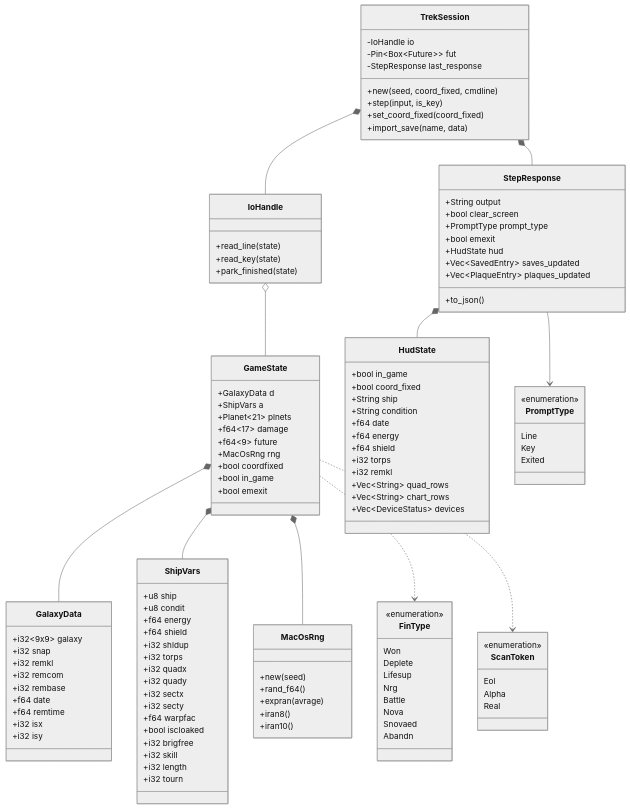
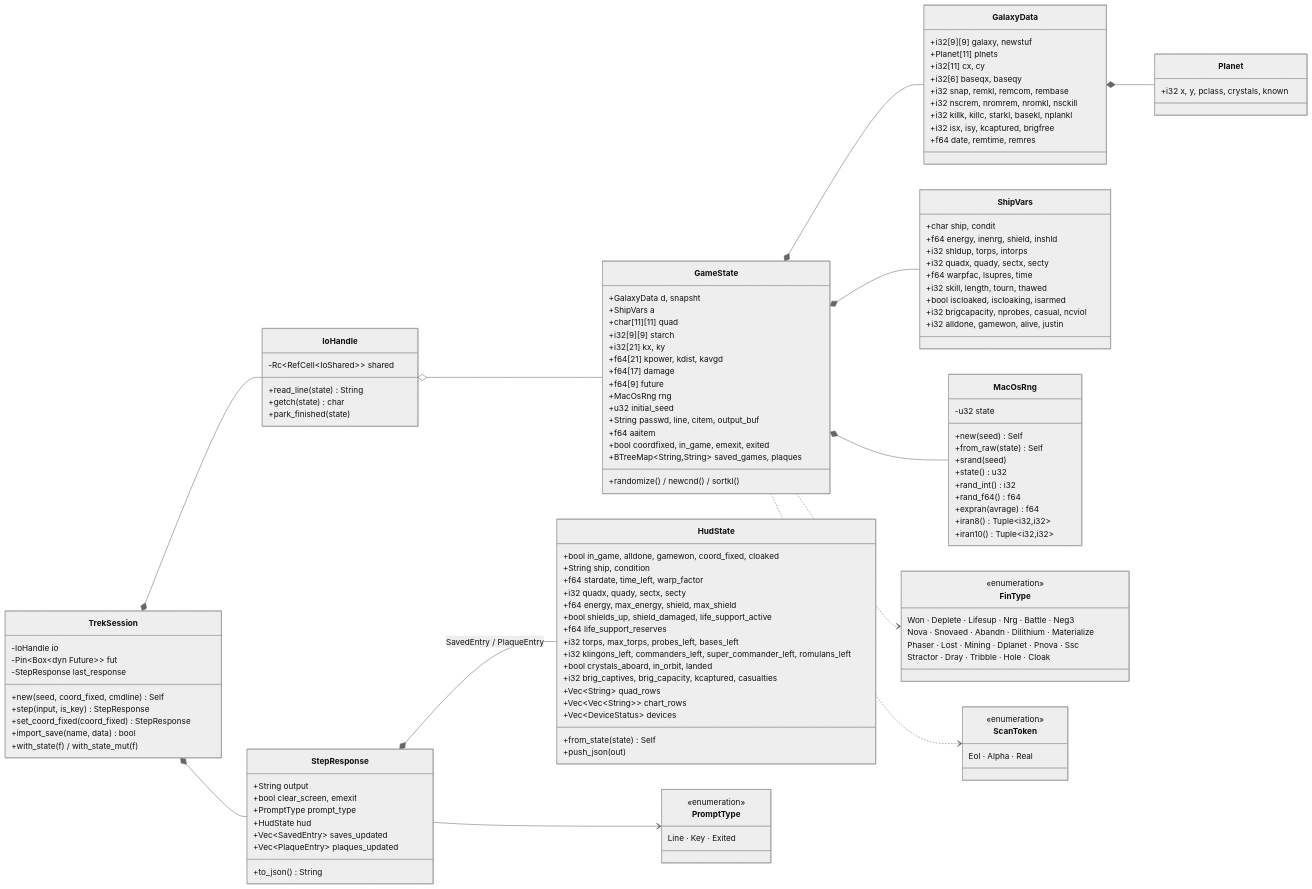
The fourth of 5 diagrams in docs/architecture.md (nbrandaleone/trek), drawn with Mermaid (neutral theme) before and after one commit. The commit also changed other lines of this file and 2 other files, not shown here.

Commit message:
improved architecture diagram

````diff
--- a/docs/architecture.md
+++ b/docs/architecture.md
@@ -151,132 +181,140 @@
 ```mermaid
 classDiagram
+    direction LR
+
     class TrekSession {
         -IoHandle io
-        -Pin~Box~Future~~ fut
+        -Pin~Box~dyn Future~~ fut
         -StepResponse last_response
-        +new(seed, coord_fixed, cmdline)
-        +step(input, is_key)
-        +set_coord_fixed(coord_fixed)
-        +import_save(name, data)
+        +new(seed, coord_fixed, cmdline) Self
+        +step(input, is_key) StepResponse
+        +set_coord_fixed(coord_fixed) StepResponse
+        +import_save(name, data) bool
+        +with_state(f) / with_state_mut(f)
     }
 
     class StepResponse {
         +String output
-        +bool clear_screen
+        +bool clear_screen, emexit
         +PromptType prompt_type
-        +bool emexit
         +HudState hud
         +Vec~SavedEntry~ saves_updated
         +Vec~PlaqueEntry~ plaques_updated
-        +to_json()
+        +to_json() String
     }
 
     class HudState {
-        +bool in_game
-        +bool coord_fixed
-        +String ship
-        +String condition
-        +f64 date
-        +f64 energy
-        +f64 shield
-        +i32 torps
-        +i32 remkl
+        +bool in_game, alldone, gamewon, coord_fixed, cloaked
+        +String ship, condition
+        +f64 stardate, time_left, warp_factor
+        +i32 quadx, quady, sectx, secty
+        +f64 energy, max_energy, shield, max_shield
+        +bool shields_up, shield_damaged, life_support_active
+        +f64 life_support_reserves
+        +i32 torps, max_torps, probes_left, bases_left
+        +i32 klingons_left, commanders_left, super_commander_left, romulans_left
+        +bool crystals_aboard, in_orbit, landed
+        +i32 brig_captives, brig_capacity, kcaptured, casualties
         +Vec~String~ quad_rows
-        +Vec~String~ chart_rows
+        +Vec~Vec~String~~ chart_rows
         +Vec~DeviceStatus~ devices
+        +from_state(state) Self
+        +push_json(out)
     }
 
     class IoHandle {
-        +read_line(state)
-        +read_key(state)
+        -Rc~RefCell~IoShared~~ shared
+        +read_line(state) String
+        +getch(state) char
         +park_finished(state)
     }
 
     class GameState {
-        +GalaxyData d
+        +GalaxyData d, snapsht
         +ShipVars a
-        +Planet~21~ plnets
-        +f64~17~ damage
-        +f64~9~ future
+        +char[11][11] quad
+        +i32[9][9] starch
+        +i32[21] kx, ky
+        +f64[21] kpower, kdist, kavgd
+        +f64[17] damage
+        +f64[9] future
         +MacOsRng rng
-        +bool coordfixed
-        +bool in_game
-        +bool emexit
+        +u32 initial_seed
+        +String passwd, line, citem, output_buf
+        +f64 aaitem
+        +bool coordfixed, in_game, emexit, exited
+        +BTreeMap~String,String~ saved_games, plaques
+        +randomize() / newcnd() / sortkl()
     }
 
     class GalaxyData {
-        +i32~9x9~ galaxy
-        +i32 snap
-        +i32 remkl
-        +i32 remcom
-        +i32 rembase
-        +f64 date
-        +f64 remtime
-        +i32 isx
-        +i32 isy
+        +i32[9][9] galaxy, newstuf
+        +Planet[11] plnets
+        +i32[11] cx, cy
+        +i32[6] baseqx, baseqy
+        +i32 snap, remkl, remcom, rembase
+        +i32 nscrem, nromrem, nromkl, nsckill
+        +i32 killk, killc, starkl, basekl, nplankl
+        +i32 isx, isy, kcaptured, brigfree
+        +f64 date, remtime, remres
+    }
+
+    class Planet {
+        +i32 x, y, pclass, crystals, known
     }
 
     class ShipVars {
-        +u8 ship
-        +u8 condit
-        +f64 energy
-        +f64 shield
-        +i32 shldup
-        +i32 torps
-        +i32 quadx
-        +i32 quady
-        +i32 sectx
-        +i32 secty
-        +f64 warpfac
-        +bool iscloaked
-        +i32 brigfree
-        +i32 skill
-        +i32 length
-        +i32 tourn
+        +char ship, condit
+        +f64 energy, inenrg, shield, inshld
+        +i32 shldup, torps, intorps
+        +i32 quadx, quady, sectx, secty
+        +f64 warpfac, lsupres, time
+        +i32 skill, length, tourn, thawed
+        +bool iscloaked, iscloaking, isarmed
+        +i32 brigcapacity, nprobes, casual, ncviol
+        +i32 alldone, gamewon, alive, justin
     }
 
     class MacOsRng {
-        +new(seed)
-        +rand_f64()
-        +expran(avrage)
-        +iran8()
-        +iran10()
+        -u32 state
+        +new(seed) Self
+        +from_raw(state) Self
+        +srand(seed)
+        +state() u32
+        +rand_int() i32
+        +rand_f64() f64
+        +expran(avrage) f64
+        +iran8() Tuple~i32,i32~
+        +iran10() Tuple~i32,i32~
     }
 
     class PromptType {
         <<enumeration>>
-        Line
-        Key
-        Exited
+        Line · Key · Exited
     }
 
     class ScanToken {
         <<enumeration>>
-        Eol
-        Alpha
-        Real
+        Eol · Alpha · Real
     }
 
     class FinType {
         <<enumeration>>
-        Won
-        Deplete
-        Lifesup
-        Nrg
-        Battle
-        Nova
-        Snovaed
-        Abandn
+        Won · Deplete · Lifesup · Nrg · Battle · Neg3
+        Nova · Snovaed · Abandn · Dilithium · Materialize
+        Phaser · Lost · Mining · Dplanet · Pnova · Ssc
+        Stractor · Dray · Tribble · Hole · Cloak
     }
 
     TrekSession *-- IoHandle
     TrekSession *-- StepResponse
-    StepResponse *-- HudState
+    StepResponse *-- HudState : SavedEntry / PlaqueEntry
+    StepResponse --> PromptType
     IoHandle o-- GameState
     GameState *-- GalaxyData
     GameState *-- ShipVars
     GameState *-- MacOsRng
-    StepResponse --> PromptType
+    GalaxyData *-- Planet
     GameState ..> FinType
     GameState ..> ScanToken
 ```
````
